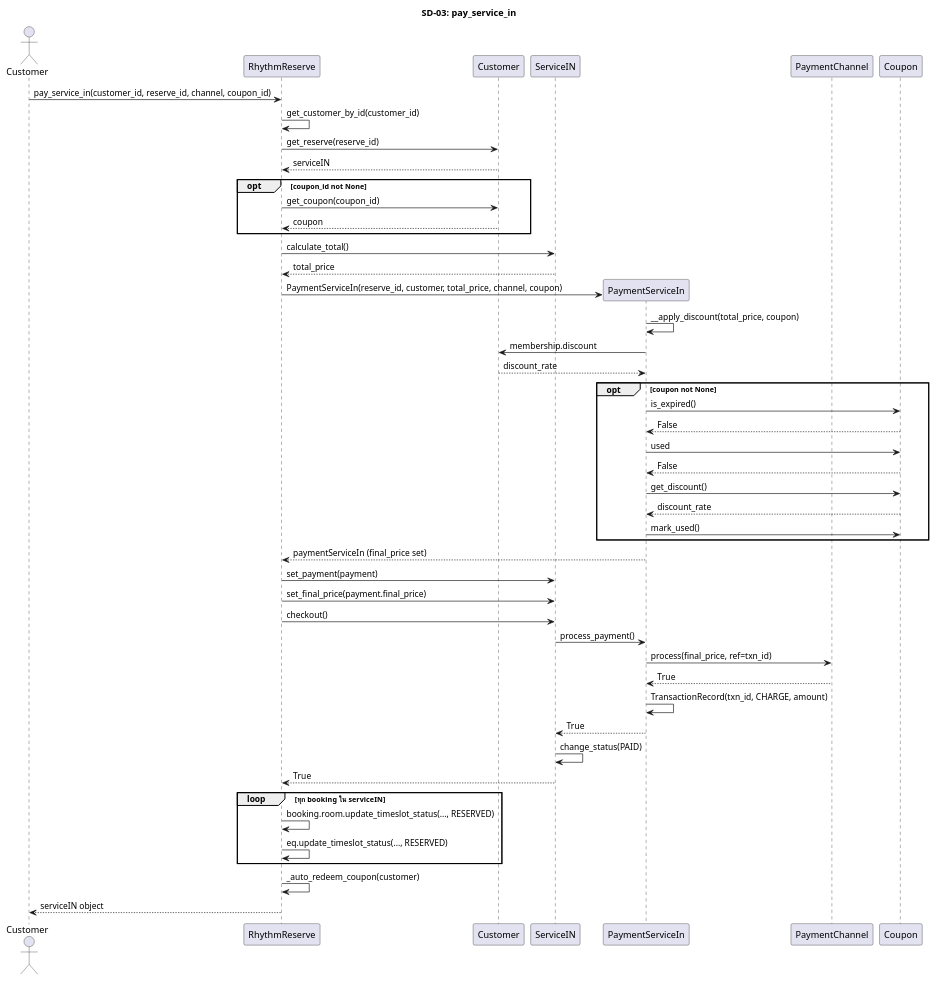
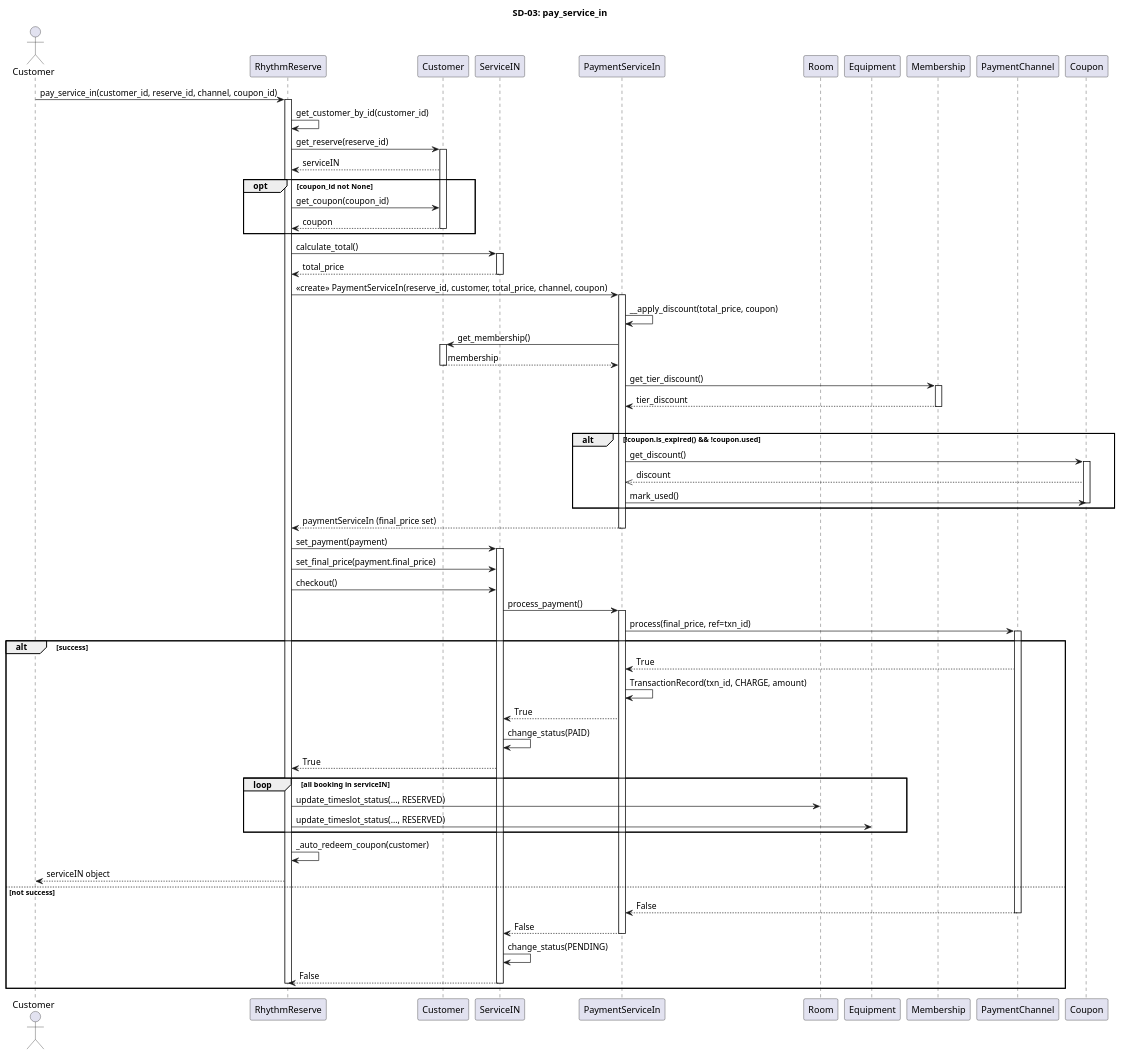
One commit to pjngth998/RhythmReserve changed the diagram in diagram/sequence_diagram/9final_sequence/sd_03_pay_service_in.puml. Above: the diagram before and after it, drawn with PlantUML. The commit also changed 1 other file, not shown here.

Commit message:
sequence 3

```diff
--- a/diagram/sequence_diagram/9final_sequence/sd_03_pay_service_in.puml
+++ b/diagram/sequence_diagram/9final_sequence/sd_03_pay_service_in.puml
@@ -1,65 +1,94 @@
 @startuml
 title SD-03: pay_service_in
 
 actor Customer as C
 participant "RhythmReserve" as RR
 participant "Customer" as CUS
 participant "ServiceIN" as SIN
 participant "PaymentServiceIn" as PSIN
+participant "Room" as R
+participant "Equipment" as Eq
+participant "Membership" as MB
 participant "PaymentChannel" as CHAN
 participant "Coupon" as CPN
 
 C -> RR : pay_service_in(customer_id, reserve_id, channel, coupon_id)
+activate RR
 
 RR -> RR : get_customer_by_id(customer_id)
 RR -> CUS : get_reserve(reserve_id)
+activate CUS
 CUS --> RR : serviceIN
 
 opt coupon_id not None
     RR -> CUS : get_coupon(coupon_id)
     CUS --> RR : coupon
+    deactivate CUS
 end
 
 RR -> SIN : calculate_total()
+activate SIN
 SIN --> RR : total_price
+deactivate SIN
 
-RR -> PSIN ** : PaymentServiceIn(reserve_id, customer, total_price, channel, coupon)
+RR -> PSIN : <<create>> PaymentServiceIn(reserve_id, customer, total_price, channel, coupon)
+activate PSIN
 
 PSIN -> PSIN : __apply_discount(total_price, coupon)
-PSIN -> CUS : membership.discount
-CUS --> PSIN : discount_rate
+PSIN -> CUS : get_membership()
+activate CUS
+CUS --> PSIN : membership
+deactivate CUS
+PSIN -> MB : get_tier_discount()
+activate MB
+MB --> PSIN : tier_discount
+deactivate MB
 
-opt coupon not None
-    PSIN -> CPN : is_expired()
-    CPN --> PSIN : False
-    PSIN -> CPN : used
-    CPN --> PSIN : False
-    PSIN -> CPN : get_discount()
-    CPN --> PSIN : discount_rate
-    PSIN -> CPN : mark_used()
+
+
+opt coupon is not None
+    alt !coupon.is_expired() && !coupon.used
+        PSIN -> CPN : get_discount()
+        activate CPN
+        CPN -->> PSIN : discount
+        PSIN -> CPN : mark_used()
+        deactivate CPN
 end
 
 PSIN --> RR : paymentServiceIn (final_price set)
+deactivate PSIN
 
 RR -> SIN : set_payment(payment)
+activate SIN
 RR -> SIN : set_final_price(payment.final_price)
 
 RR -> SIN : checkout()
 SIN -> PSIN : process_payment()
+activate PSIN
 PSIN -> CHAN : process(final_price, ref=txn_id)
-CHAN --> PSIN : True
-PSIN -> PSIN : TransactionRecord(txn_id, CHARGE, amount)
-PSIN --> SIN : True
+activate CHAN
+alt success
+    CHAN --> PSIN : True
+    PSIN -> PSIN : TransactionRecord(txn_id, CHARGE, amount)
+    PSIN --> SIN : True
+    SIN -> SIN : change_status(PAID)
+    SIN --> RR : True
+    loop all booking in serviceIN
+        RR -> R : update_timeslot_status(..., RESERVED)
+        RR -> Eq : update_timeslot_status(..., RESERVED)
+    end
 
-SIN -> SIN : change_status(PAID)
-SIN --> RR : True
-
-loop ทุก booking ใน serviceIN
-    RR -> RR : booking.room.update_timeslot_status(..., RESERVED)
-    RR -> RR : eq.update_timeslot_status(..., RESERVED)
+    RR -> RR : _auto_redeem_coupon(customer)
+    RR --> C : serviceIN object
+else not success
+    CHAN --> PSIN : False
+    deactivate CHAN
+    PSIN --> SIN : False
+    deactivate PSIN
+    SIN -> SIN : change_status(PENDING)
+    SIN --> RR : False
+    deactivate SIN
+    deactivate RR
 end
 
-RR -> RR : _auto_redeem_coupon(customer)
-RR --> C : serviceIN object
-
 @enduml
```
